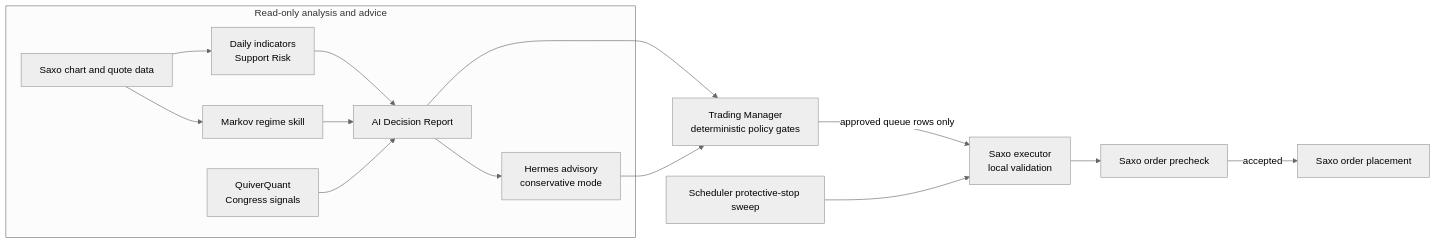
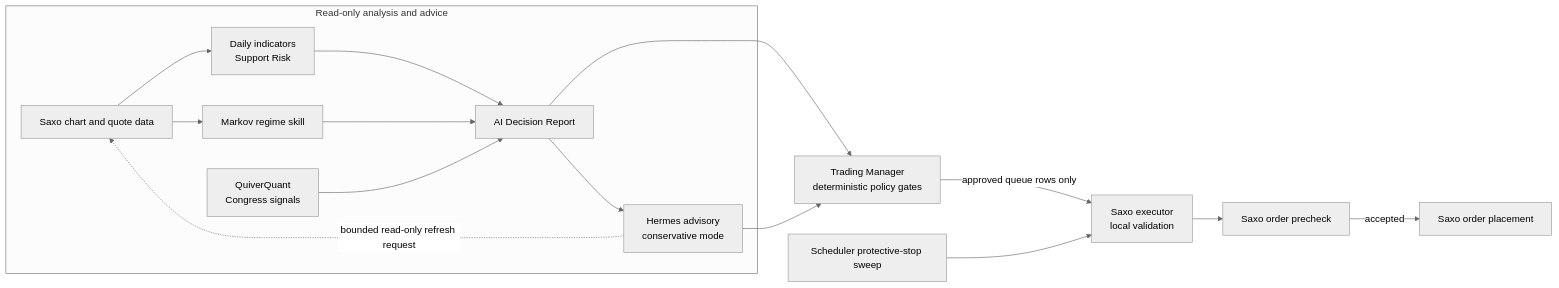
The diagram in README.md (simonellefsen/saxo-daytrader-rust), drawn with Mermaid (neutral theme) before and after one commit. The commit also changed other lines of this file and 5 other files, not shown here.

````diff
--- a/README.md
+++ b/README.md
@@ -29,19 +29,21 @@
 ```mermaid
 flowchart LR
   subgraph Advisory["Read-only analysis and advice"]
     M["Saxo chart and quote data"] --> I["Daily indicators\nSupport Risk"]
     M --> K["Markov regime skill"]
     Q["QuiverQuant\nCongress signals"]
     I --> R["AI Decision Report"]
     K --> R
     Q --> R
     R --> H["Hermes advisory\nconservative mode"]
   end
 
+  H -.->|"bounded read-only refresh request"| M
+
   R --> T["Trading Manager\ndeterministic policy gates"]
   H --> T
   T -->|"approved queue rows only"| E["Saxo executor\nlocal validation"]
   E --> P["Saxo order precheck"]
   P -->|"accepted"| B["Saxo order placement"]
   S["Scheduler protective-stop sweep"] --> E
 ```
````
